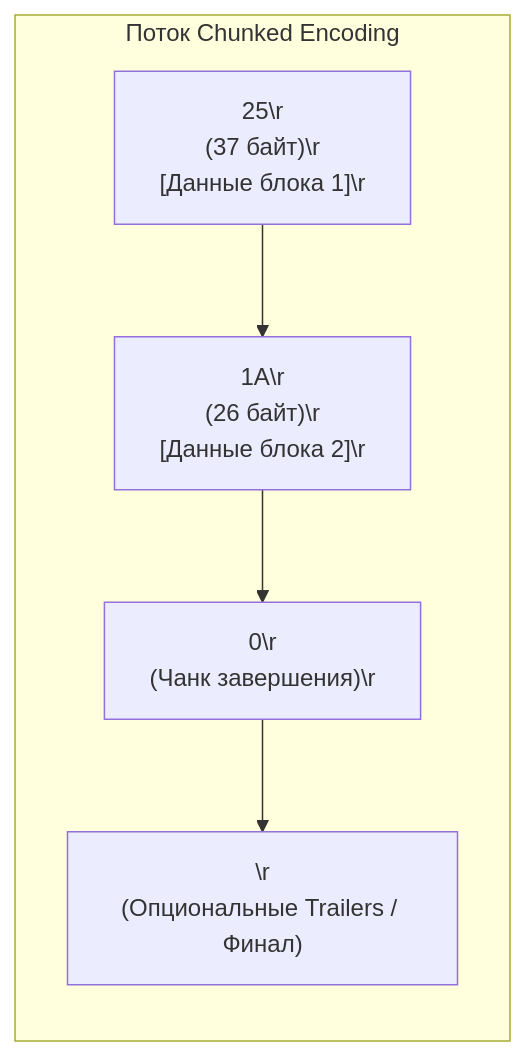
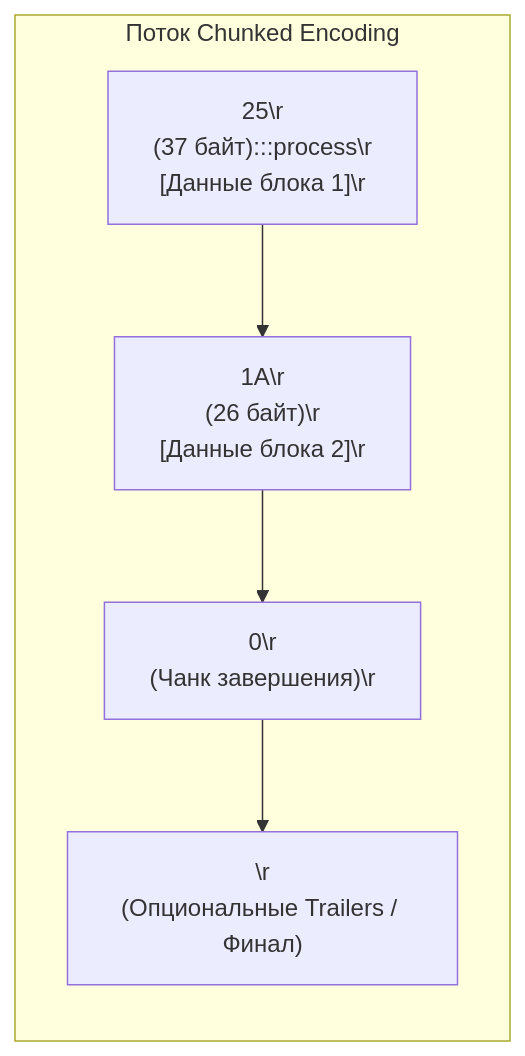
One commit to UnrealTemplier/go-textbook changed the third of 5 diagrams in sources/3. Компьютерные сети и сетевой стек/21. HTTP 1.1 под капотом. Keep Alive, Chunked Encoding, Pipelining.md. Above: the diagram before and after it, drawn with Mermaid. The commit also changed other lines of this file and 1666 other files, not shown here.

First line of the commit message:
feat(mermaid): add semantic color classDef to 1369 colorless flowchart/graph diagrams

````diff
--- a/sources/3. Компьютерные сети и сетевой стек/21. HTTP 1.1 под капотом. Keep Alive, Chunked Encoding, Pipelining.md
+++ b/sources/3. Компьютерные сети и сетевой стек/21. HTTP 1.1 под капотом. Keep Alive, Chunked Encoding, Pipelining.md
@@ -128,8 +138,18 @@
 ```mermaid
 flowchart LR
+    classDef process  fill:#1e293b,stroke:#38bdf8,stroke-width:1px,color:#f8fafc
+    classDef success  fill:#064e3b,stroke:#34d399,stroke-width:1px,color:#f8fafc
+    classDef error    fill:#7f1d1d,stroke:#f87171,stroke-width:1px,color:#f8fafc
+    classDef warning  fill:#78350f,stroke:#fbbf24,stroke-width:1px,color:#f8fafc
+    classDef entry    fill:#1e3a5f,stroke:#38bdf8,stroke-width:2px,color:#f8fafc
+    classDef aux      fill:#334155,stroke:#64748b,stroke-width:1px,color:#f8fafc
+    classDef system   fill:#312e81,stroke:#a78bfa,stroke-width:1px,color:#f8fafc
+    classDef data     fill:#132d29,stroke:#2dd4bf,stroke-width:1px,color:#f8fafc
+    classDef network  fill:#881337,stroke:#fb7185,stroke-width:1px,color:#f8fafc
+    classDef accent   fill:#1e1b4b,stroke:#818cf8,stroke-width:1px,color:#f8fafc
     subgraph Stream ["Поток Chunked Encoding"]
-        C1["25\r\n(37 байт)\r\n[Данные блока 1]\r\n"] --> C2["1A\r\n(26 байт)\r\n[Данные блока 2]\r\n"]
+        C1["25\r\n(37 байт):::process\r\n[Данные блока 1]\r\n"] --> C2["1A\r\n(26 байт)\r\n[Данные блока 2]\r\n"]
         C2 --> C3["0\r\n(Чанк завершения)\r\n"]
         C3 --> C4["\r\n(Опциональные Trailers / Финал)"]
     end
 ```
````
